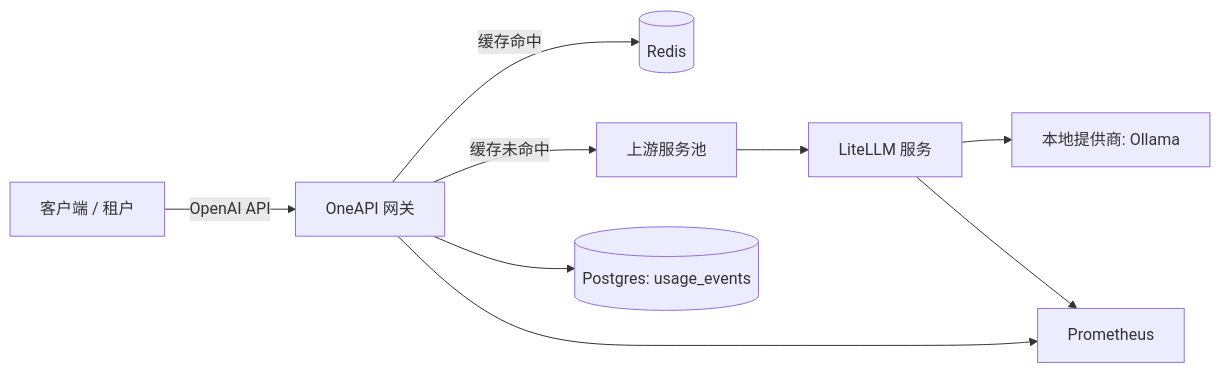
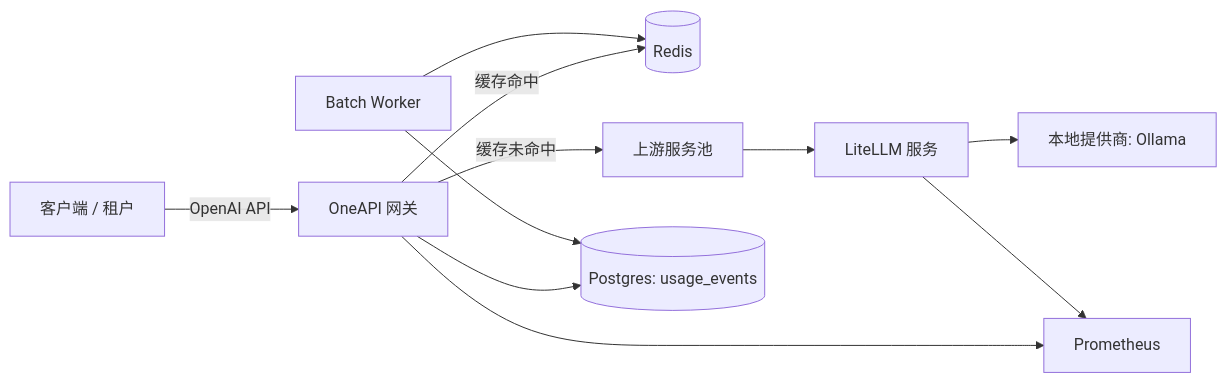
The diagram in docs/architecture.md (EasyIndie/EasyAI), drawn with Mermaid before and after one commit. The commit also changed other lines of this file and 7 other files, not shown here.

````diff
--- a/docs/architecture.md
+++ b/docs/architecture.md
@@ -28,11 +40,13 @@
 ```mermaid
 flowchart LR
   C[客户端 / 租户] -->|OpenAI API| G[OneAPI 网关]
   G -->|缓存命中| R[(Redis)]
   G -->|缓存未命中| LB[上游服务池]
   LB --> L[LiteLLM 服务]
   L --> O[本地提供商: Ollama]
   G --> P[(Postgres: usage_events)]
   G --> M[Prometheus]
   L --> M
+  B[Batch Worker] --> R
+  B --> P
 ```
````
